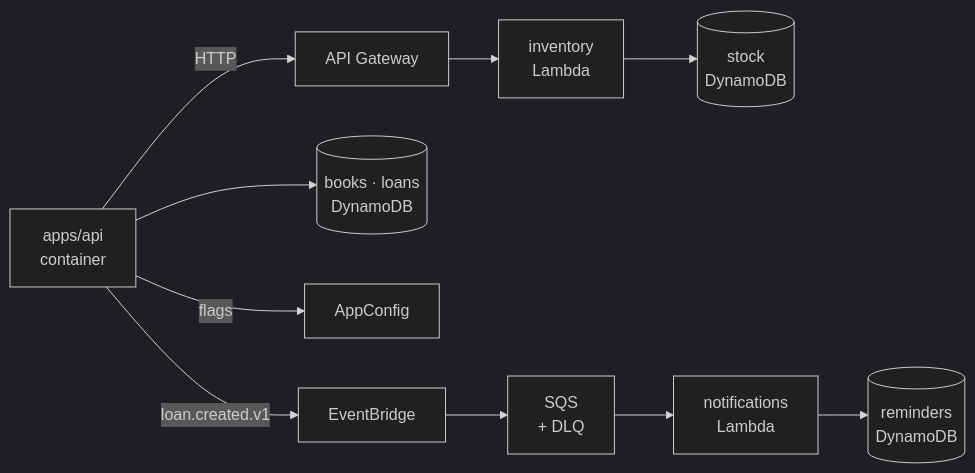
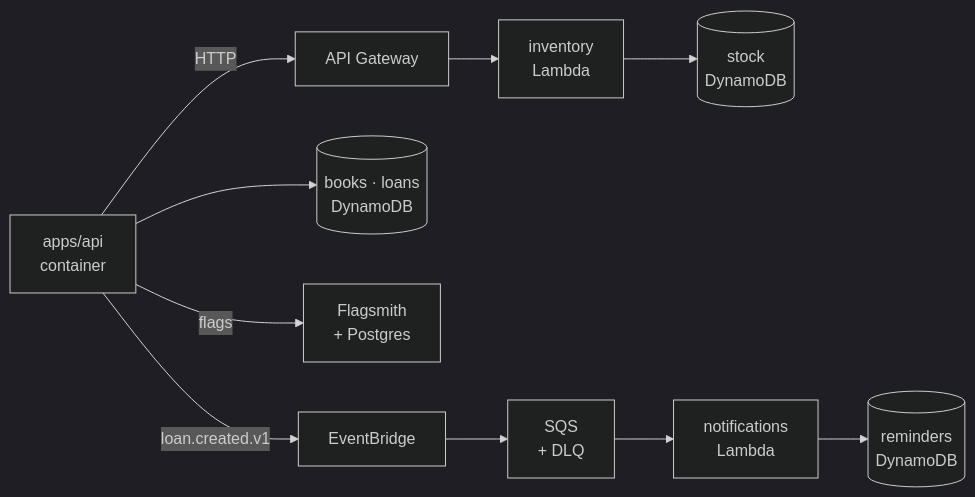
Before and after one commit to M4ciel/contract-first-poc: the sixth of 7 diagrams in README.md, drawn with Mermaid (dark theme). The commit also changed other lines of this file, not shown here.

Commit message:
docs(readme): document Flagsmith and OpenFeature

````diff
--- a/README.md
+++ b/README.md
@@ -241,7 +254,7 @@
 ```mermaid
 flowchart LR
   API["apps/api<br/>container"] -->|HTTP| GW["API Gateway"] --> INV["inventory<br/>Lambda"] --> ST[("stock<br/>DynamoDB")]
   API --> BK[("books · loans<br/>DynamoDB")]
-  API -->|flags| AC["AppConfig"]
+  API -->|flags| FS["Flagsmith<br/>+ Postgres"]
   API -->|loan.created.v1| EB["EventBridge"] --> Q["SQS<br/>+ DLQ"] --> NT["notifications<br/>Lambda"] --> RM[("reminders<br/>DynamoDB")]
 ```
````
